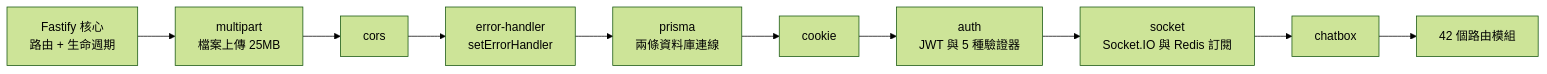
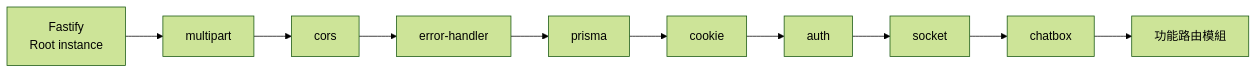
One commit to CreateIntelligens/open333crm changed the first of 3 diagrams in docs/ref/API-PLUGIN-ARCHITECTURE.md. Above: the diagram before and after it, drawn with Mermaid (forest theme). The commit also changed other lines of this file and 1 other file, not shown here.

````diff
--- a/docs/ref/API-PLUGIN-ARCHITECTURE.md
+++ b/docs/ref/API-PLUGIN-ARCHITECTURE.md
@@ -35,12 +19,12 @@
 ```mermaid
 flowchart LR
-  core["Fastify 核心<br/>路由 + 生命週期"] --> m["multipart<br/>檔案上傳 25MB"]
-  m --> cors["cors"]
-  cors --> eh["error-handler<br/>setErrorHandler"]
-  eh --> pr["prisma<br/>兩條資料庫連線"]
-  pr --> ck["cookie"]
-  ck --> au["auth<br/>JWT 與 5 種驗證器"]
-  au --> so["socket<br/>Socket.IO 與 Redis 訂閱"]
-  so --> cb["chatbox"]
-  cb --> routes["42 個路由模組"]
+  core["Fastify<br/>Root instance"] --> multipart["multipart"]
+  multipart --> cors["cors"]
+  cors --> error["error-handler"]
+  error --> prisma["prisma"]
+  prisma --> cookie["cookie"]
+  cookie --> auth["auth"]
+  auth --> socket["socket"]
+  socket --> chatbox["chatbox"]
+  chatbox --> routes["功能路由模組"]
 ```
````
